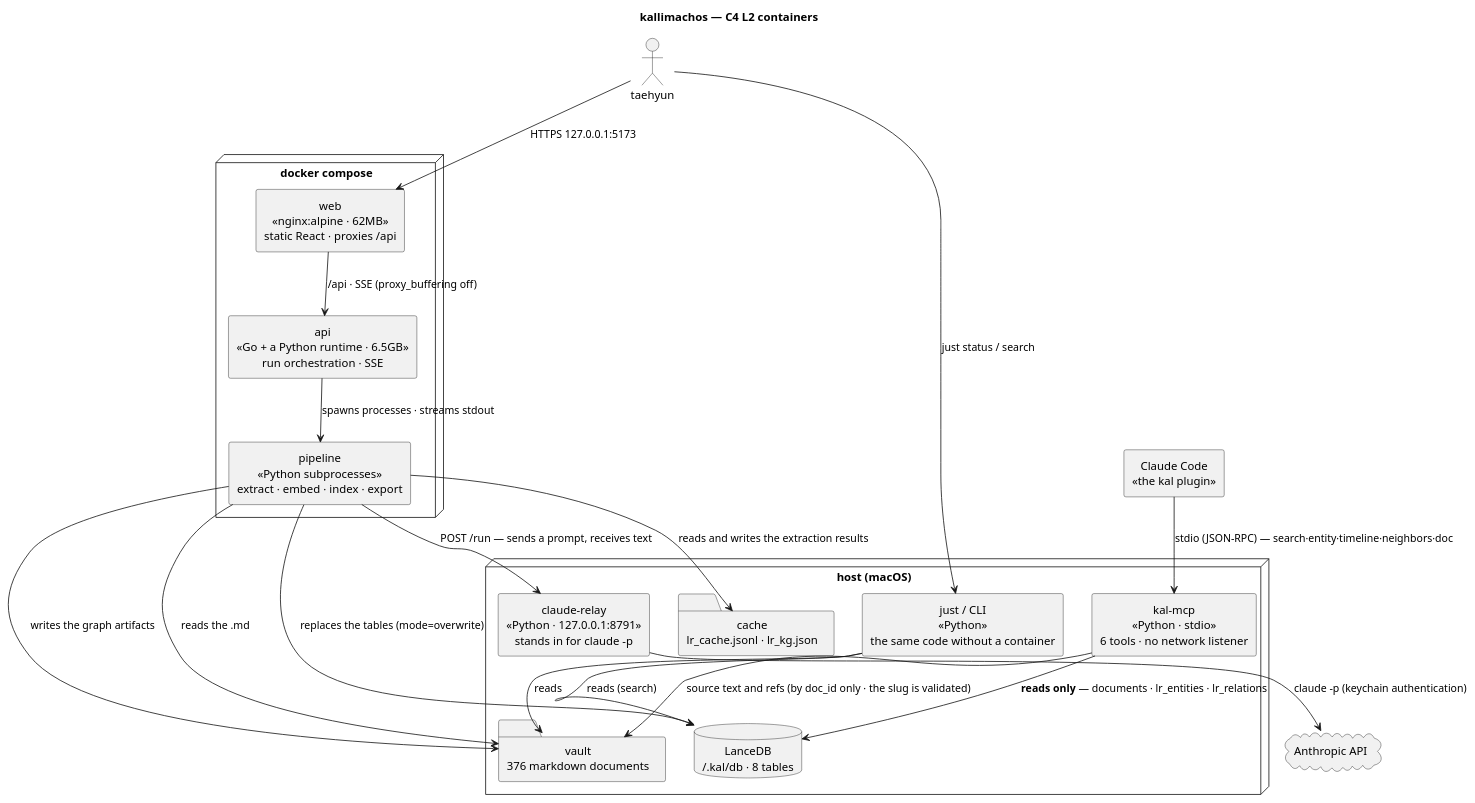
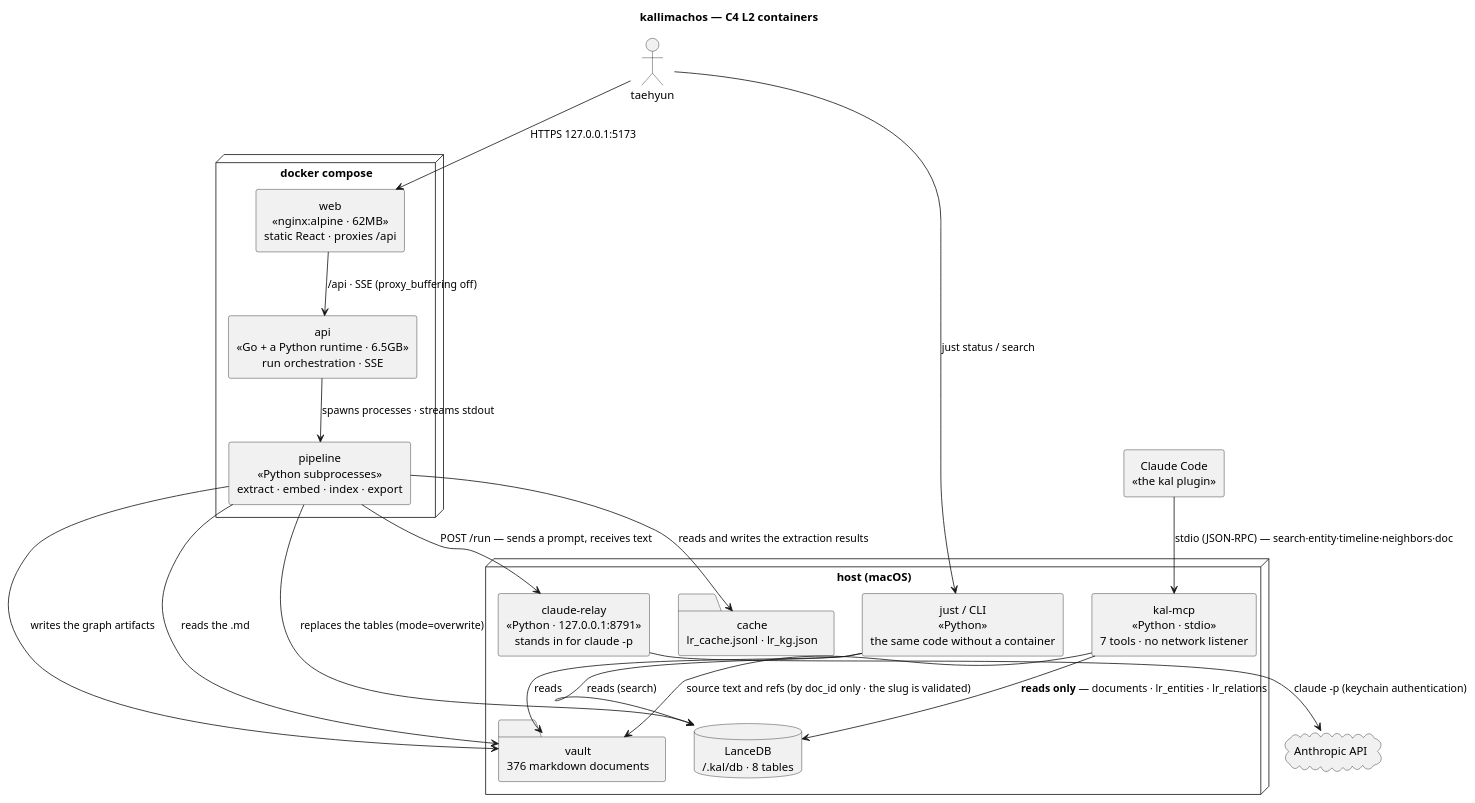
The second of 12 diagrams in docs/ARCHITECTURE.md (HwangTaehyun/kallimachos), drawn with PlantUML before and after one commit. The commit also changed 3 other files, not shown here.

Commit message:
docs: photos and videos per entity —— README feature, kal_media in the tool table, docs/MEDIA.md in the index, 7 tools

````diff
--- a/docs/ARCHITECTURE.md
+++ b/docs/ARCHITECTURE.md
@@ -53,46 +53,46 @@
 ```plantuml
 @startuml
 title kallimachos — C4 L2 containers
 
 skinparam componentStyle rectangle
 skinparam defaultTextAlignment center
 
 actor taehyun as U
 
 node "docker compose" {
   component "web\n<<nginx:alpine · 62MB>>\nstatic React · proxies /api" as WEB
   component "api\n<<Go + a Python runtime · 6.5GB>>\nrun orchestration · SSE" as API
   component "pipeline\n<<Python subprocesses>>\nextract · embed · index · export" as PIPE
 }
 
 node "host (macOS)" {
   component "claude-relay\n<<Python · 127.0.0.1:8791>>\nstands in for claude -p" as RELAY
   component "just / CLI\n<<Python>>\nthe same code without a container" as CLI
-  component "kal-mcp\n<<Python · stdio>>\n6 tools · no network listener" as MCP
+  component "kal-mcp\n<<Python · stdio>>\n7 tools · no network listener" as MCP
   database "LanceDB\n~/.kal/db · 8 tables" as LANCE
   folder "vault\n376 markdown documents" as VAULT
   folder "cache\nlr_cache.jsonl · lr_kg.json" as CACHE
 }
 
 cloud "Anthropic API" as AN
 component "Claude Code\n<<the kal plugin>>" as CC
 
 U --> WEB : HTTPS 127.0.0.1:5173
 U --> CLI : just status / search
 CC --> MCP : stdio (JSON-RPC) — search·entity·timeline·neighbors·doc
 WEB --> API : /api · SSE (proxy_buffering off)
 API --> PIPE : spawns processes · streams stdout
 
 PIPE --> VAULT : reads the .md
 PIPE --> LANCE : replaces the tables (mode=overwrite)
 PIPE --> CACHE : reads and writes the extraction results
 PIPE --> VAULT : writes the graph artifacts
 CLI --> LANCE : reads (search)
 CLI --> VAULT : reads
 MCP --> LANCE : **reads only** — documents · lr_entities · lr_relations
 MCP --> VAULT : source text and refs (by doc_id only · the slug is validated)
 
 PIPE --> RELAY : POST /run — sends a prompt, receives text
 RELAY --> AN : claude -p (keychain authentication)
 @enduml
 ```
````
